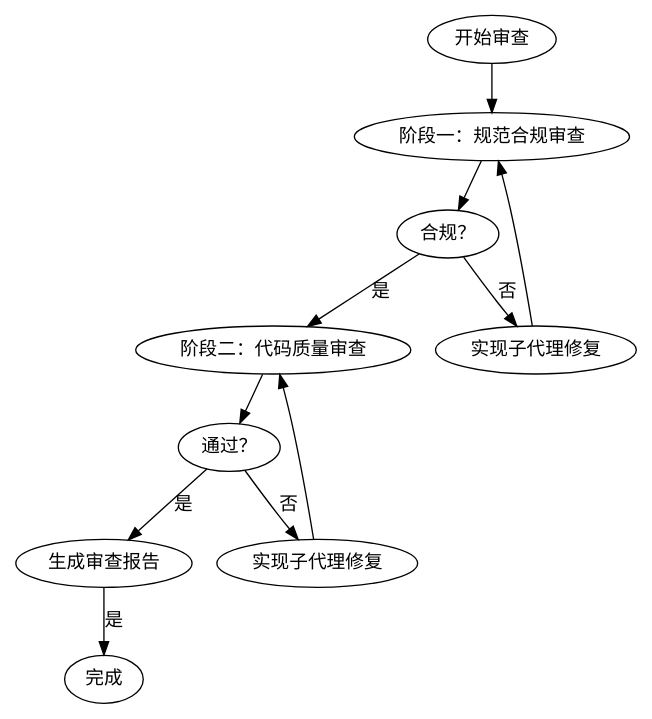
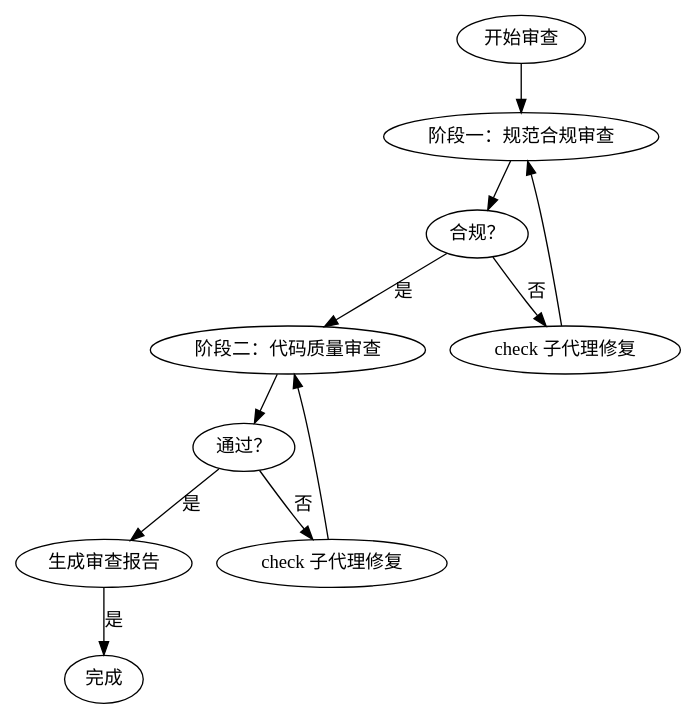
The second of 2 diagrams in .claude/skills/ideal-code-review/SKILL.md (MTleen/cc-workflow), drawn with Graphviz before and after one commit. The commit also changed other lines of this file and 9 other files, not shown here.

````diff
--- a/.claude/skills/ideal-code-review/SKILL.md
+++ b/.claude/skills/ideal-code-review/SKILL.md
@@ -63,24 +88,24 @@
 ```dot
 digraph review_workflow {
     rankdir=TB;
 
     start [label="开始审查"];
     spec [label="阶段一：规范合规审查"];
     spec_result [label="合规？"];
-    spec_fix [label="实现子代理修复"];
+    spec_fix [label="check 子代理修复"];
     quality [label="阶段二：代码质量审查"];
     quality_result [label="通过？"];
-    quality_fix [label="实现子代理修复"];
+    quality_fix [label="check 子代理修复"];
     report [label="生成审查报告"];
     end [label="完成"];
 
     start -> spec -> spec_result;
     spec_result -> spec_fix [label="否"];
     spec_fix -> spec;
     spec_result -> quality [label="是"];
     quality -> quality_result;
     quality_result -> quality_fix [label="否"];
     quality_fix -> quality;
     quality_result -> report -> end [label="是"];
 }
 ```
````
